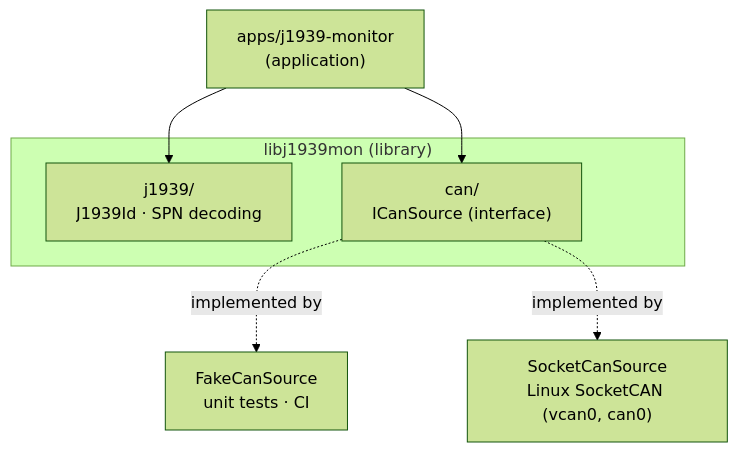
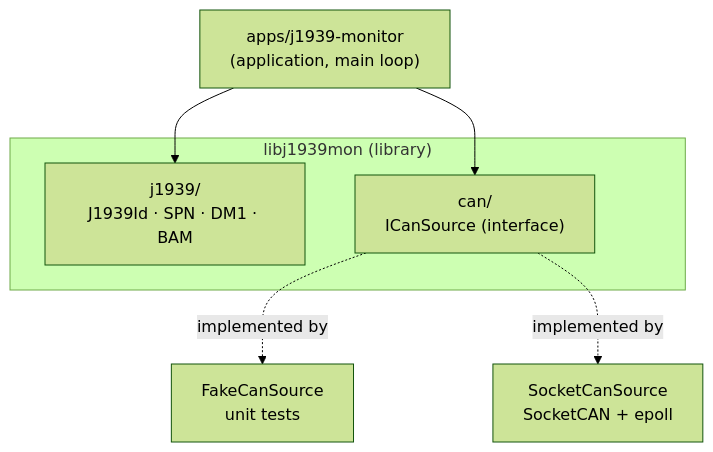
The diagram in README.md (Amir7698/j1939-monitor), drawn with Mermaid (forest theme) before and after one commit. The commit also changed other lines of this file, not shown here.

Commit message:
Update README: DM1, BAM, epoll, pytest, known limitations

````diff
--- a/README.md
+++ b/README.md
@@ -78,15 +113,15 @@
 ```mermaid
 flowchart TB
-    app["apps/j1939-monitor<br/>(application)"]
+    app["apps/j1939-monitor<br/>(application, main loop)"]
     subgraph lib["libj1939mon (library)"]
-        j1939["j1939/<br/>J1939Id · SPN decoding"]
+        j1939["j1939/<br/>J1939Id · SPN · DM1 · BAM"]
         can["can/<br/>ICanSource (interface)"]
     end
-    fake["FakeCanSource<br/>unit tests · CI"]
-    real["SocketCanSource<br/>Linux SocketCAN (vcan0, can0)"]
+    fake["FakeCanSource<br/>unit tests"]
+    real["SocketCanSource<br/>SocketCAN + epoll"]
 
     app --> j1939
     app --> can
     can -.implemented by.-> fake
     can -.implemented by.-> real
 ```
````
